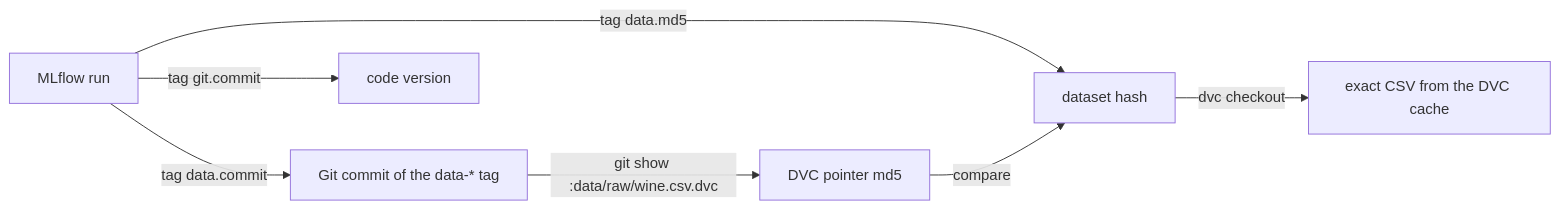
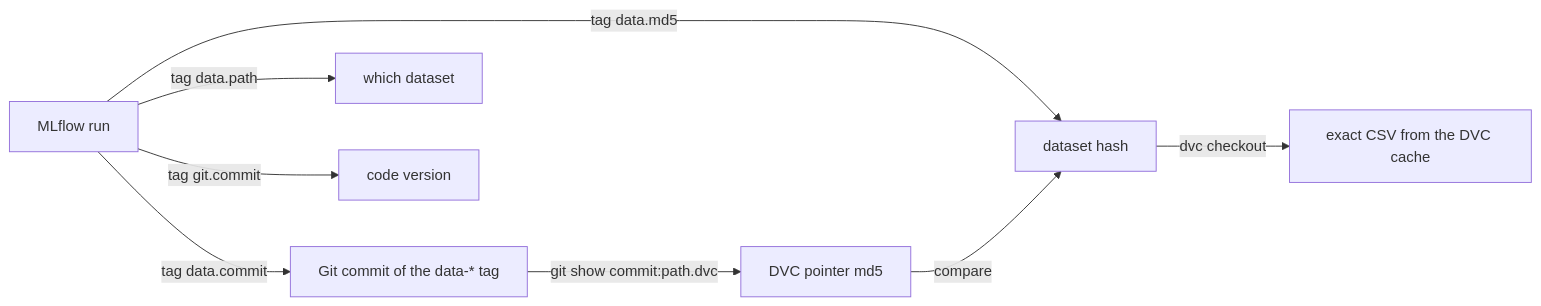
The fourth of 6 diagrams in architecture.md (lioncovehx/grounded-mlops-agent), drawn with Mermaid before and after one commit. The commit also changed other lines of this file and 29 other files, not shown here.

````diff
--- a/architecture.md
+++ b/architecture.md
@@ -97,9 +102,10 @@
 ```mermaid
 flowchart LR
     R["MLflow run"] -- "tag data.md5" --> H["dataset hash"]
     R -- "tag data.commit" --> C["Git commit of the data-* tag"]
-    C -- "git show :data/raw/wine.csv.dvc" --> PTR["DVC pointer md5"]
+    R -- "tag data.path" --> DS["which dataset"]
+    C -- "git show commit:path.dvc" --> PTR["DVC pointer md5"]
     PTR -- "compare" --> H
     H -- "dvc checkout" --> F["exact CSV from the DVC cache"]
     R -- "tag git.commit" --> CODE["code version"]
 ```
````
